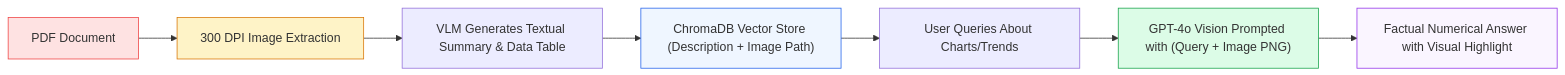
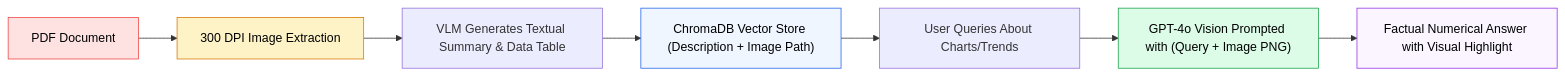
The third of 3 diagrams in 10-Hands-On-Projects/10-Multi-Modal-RAG/README.md (swapnil3104/RAG-Engineering), drawn with Mermaid before and after one commit. The commit also changed other lines of this file and 108 other files, not shown here.

Commit message:
fix: make chart text visible across all Mermaid diagrams and resolve markdown table formatting issues

````diff
--- a/10-Hands-On-Projects/10-Multi-Modal-RAG/README.md
+++ b/10-Hands-On-Projects/10-Multi-Modal-RAG/README.md
@@ -481,15 +481,15 @@
 ```mermaid
 flowchart LR
     PDF["PDF Document"] --> Render["300 DPI Image Extraction"]
     Render --> VLMSummary["VLM Generates Textual Summary & Data Table"]
     VLMSummary --> ChromaDB["ChromaDB Vector Store (Description + Image Path)"]
     ChromaDB --> Query["User Queries About Charts/Trends"]
     Query --> VLMReasoning["GPT-4o Vision Prompted with (Query + Image PNG)"]
     VLMReasoning --> GroundedAnswer["Factual Numerical Answer with Visual Highlight"]
 
-    style PDF fill:#fee2e2,stroke:#ef4444
-    style Render fill:#fef3c7,stroke:#d97706
-    style ChromaDB fill:#eff6ff,stroke:#2563eb
-    style VLMReasoning fill:#dcfce7,stroke:#16a34a
-    style GroundedAnswer fill:#faf5ff,stroke:#9333ea
+    style PDF fill:#fee2e2,stroke:#ef4444,color:#000000
+    style Render fill:#fef3c7,stroke:#d97706,color:#000000
+    style ChromaDB fill:#eff6ff,stroke:#2563eb,color:#000000
+    style VLMReasoning fill:#dcfce7,stroke:#16a34a,color:#000000
+    style GroundedAnswer fill:#faf5ff,stroke:#9333ea,color:#000000
 ```
````
